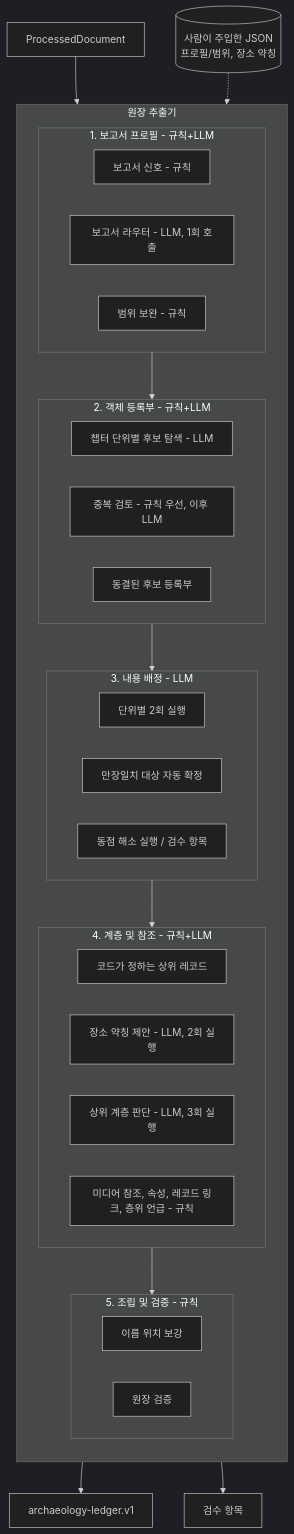
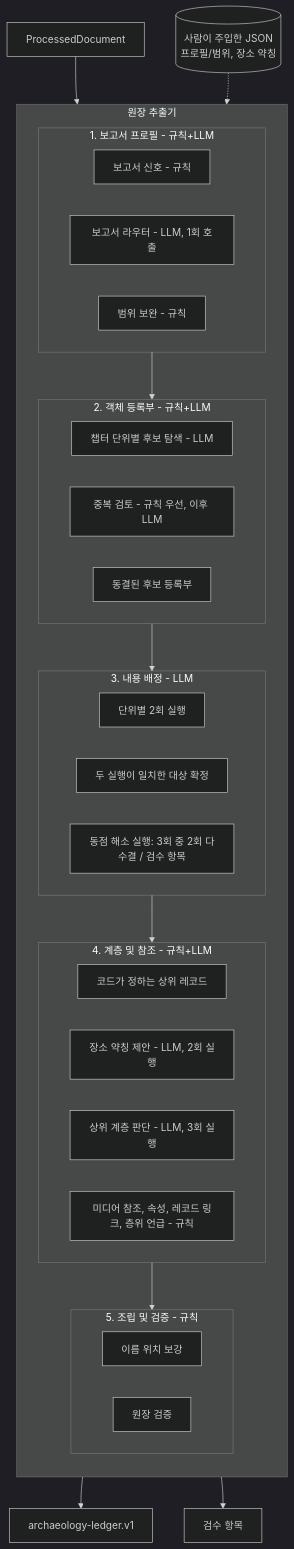
One commit to heripo-lab/heripo-engine changed the fifth of 6 diagrams in docs/architecture.ko.md. Above: the diagram before and after it, drawn with Mermaid (dark theme). The commit also changed other lines of this file and 7 other files, not shown here.

````diff
--- a/docs/architecture.ko.md
+++ b/docs/architecture.ko.md
@@ -371,43 +371,43 @@
 ```mermaid
 flowchart TB
     subgraph LedgerExtractor[원장 추출기]
         direction TB
 
         subgraph Profile[1. 보고서 프로필 - 규칙+LLM]
             R1[보고서 신호 - 규칙]
             R2[보고서 라우터 - LLM, 1회 호출]
             R3[범위 보완 - 규칙]
         end
 
         subgraph Registry[2. 객체 등록부 - 규칙+LLM]
             D1[챕터 단위별 후보 탐색 - LLM]
             D2[중복 검토 - 규칙 우선, 이후 LLM]
             D3[동결된 후보 등록부]
         end
 
         subgraph Attach[3. 내용 배정 - LLM]
             A1[단위별 2회 실행]
-            A2[만장일치 대상 자동 확정]
-            A3[동점 해소 실행 / 검수 항목]
+            A2[두 실행이 일치한 대상 확정]
+            A3[동점 해소 실행: 3회 중 2회 다수결 / 검수 항목]
         end
 
         subgraph Relate[4. 계층 및 참조 - 규칙+LLM]
             P1[코드가 정하는 상위 레코드]
             P2[장소 약칭 제안 - LLM, 2회 실행]
             P3[상위 계층 판단 - LLM, 3회 실행]
             P4[미디어 참조, 속성, 레코드 링크, 층위 언급 - 규칙]
         end
 
         subgraph Validate[5. 조립 및 검증 - 규칙]
             V1[이름 위치 보강]
             V2[원장 검증]
         end
 
         Profile --> Registry --> Attach --> Relate --> Validate
     end
 
     Processed[ProcessedDocument] --> LedgerExtractor
     Person[(사람이 주입한 JSON<br/>프로필/범위, 장소 약칭)] -.-> LedgerExtractor
     LedgerExtractor --> LedgerData[archaeology-ledger.v1]
     LedgerExtractor --> Review[검수 항목]
 ```
````
